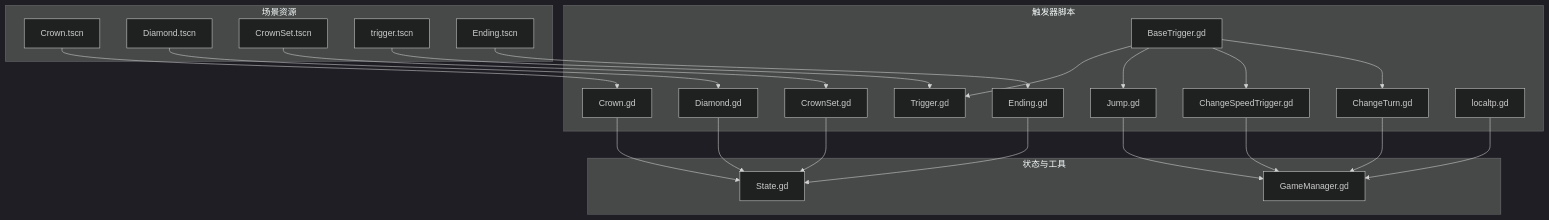
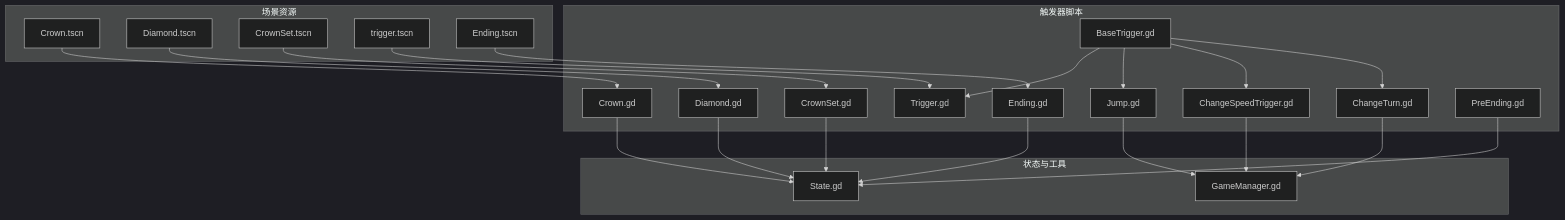
One commit to godotline/godot-line changed the first of 11 diagrams in .qoder/repowiki/zh/content/游戏系统/触发器系统/触发器系统.md. Above: the diagram before and after it, drawn with Mermaid (dark theme). The commit also changed other lines of this file and 10 other files, not shown here.

````diff
--- a/.qoder/repowiki/zh/content/游戏系统/触发器系统/触发器系统.md
+++ b/.qoder/repowiki/zh/content/游戏系统/触发器系统/触发器系统.md
@@ -66,43 +61,43 @@
 ```mermaid
 graph TB
 subgraph "触发器脚本"
 BT["BaseTrigger.gd"]
 TR["Trigger.gd"]
 JP["Jump.gd"]
 CST["ChangeSpeedTrigger.gd"]
 CT["ChangeTurn.gd"]
 CR["Crown.gd"]
 DM["Diamond.gd"]
 CS["CrownSet.gd"]
 ED["Ending.gd"]
-LT["localtp.gd"]
+PED["PreEnding.gd"]
 end
 subgraph "状态与工具"
 ST["State.gd"]
 GM["GameManager.gd"]
 end
 subgraph "场景资源"
 SCRC["Crown.tscn"]
 SMD["Diamond.tscn"]
 SCS["CrownSet.tscn"]
 STR["trigger.tscn"]
 SED["Ending.tscn"]
 end
 BT --> TR
 BT --> JP
 BT --> CST
 BT --> CT
 CR --> ST
 DM --> ST
 CS --> ST
 ED --> ST
+PED --> ST
 JP --> GM
 CST --> GM
 CT --> GM
-LT --> GM
 SCRC --> CR
 SMD --> DM
 SCS --> CS
 STR --> TR
 SED --> ED
 ```
````
